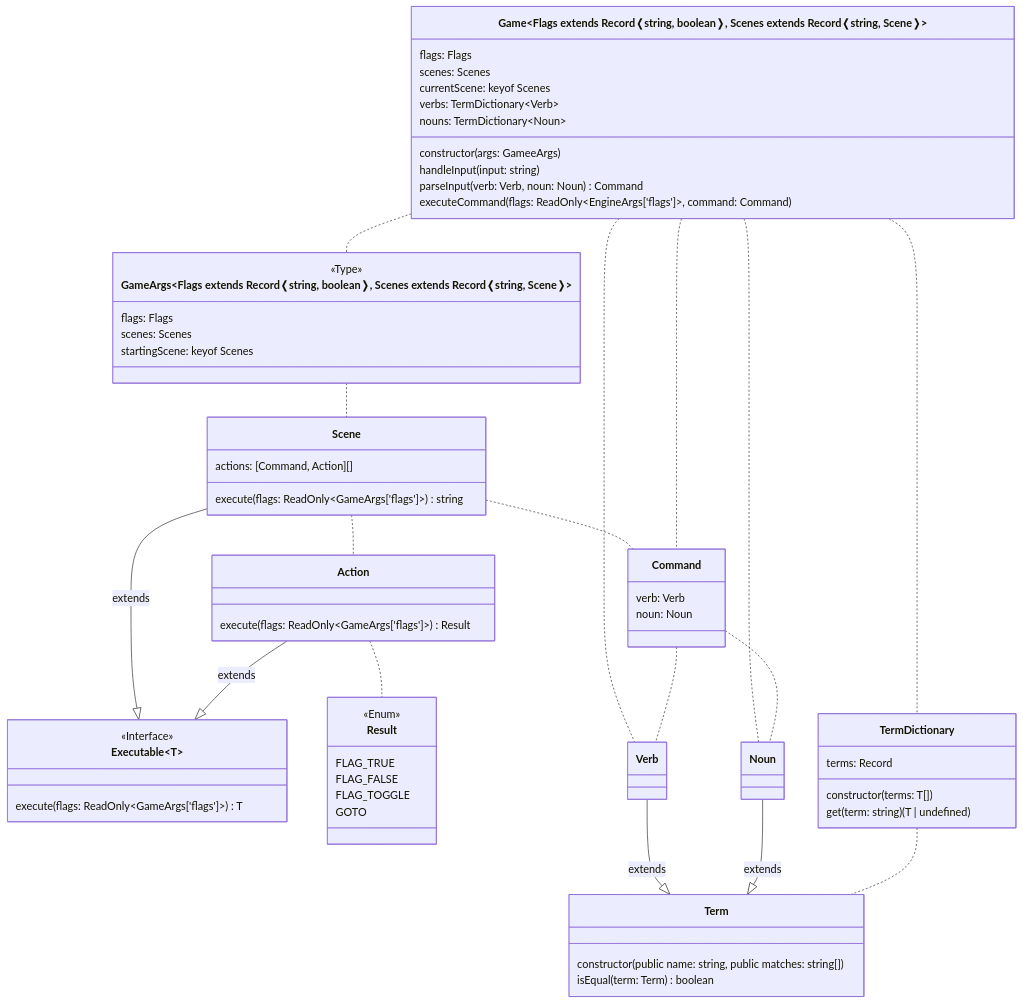
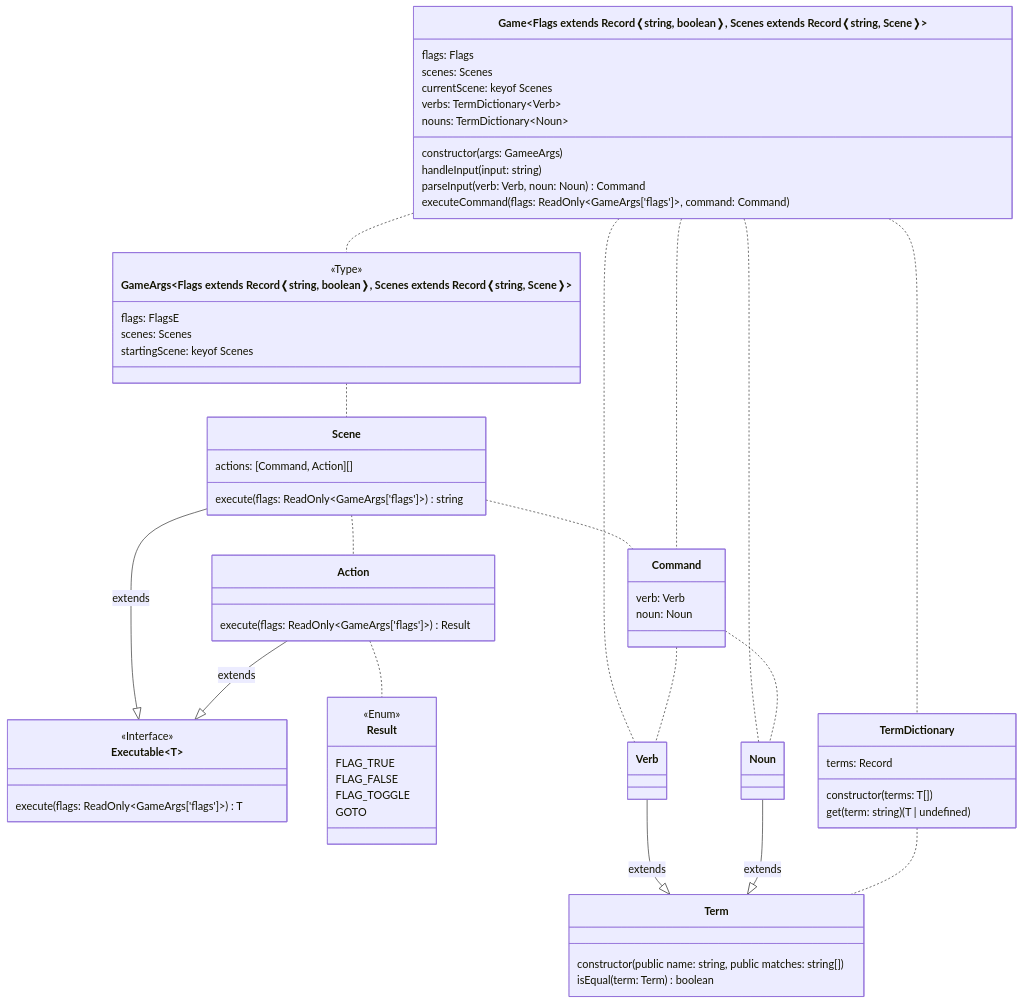
The diagram in README.md (flipactual/text-adventure-experiment), drawn with Mermaid before and after one commit.

````diff
--- a/README.md
+++ b/README.md
@@ -3,67 +3,67 @@
 ```mermaid
 classDiagram
 class GameArgs~Flags extends Record❬string, boolean❭, Scenes extends Record❬string, Scene❭~ {
   <<Type>>
-  flags: Flags
+  flags: FlagsE
   scenes: Scenes
   startingScene: keyof Scenes
 }
 GameArgs .. Scene
 class Executable~T~ {
   <<Interface>>
   execute(flags: ReadOnly~GameArgs['flags']~) T
 }
 class Scene {
   actions: [Command, Action][]
   execute(flags: ReadOnly~GameArgs['flags']~) string
 }
 Scene .. Command
 Scene .. Action
 Scene --|> Executable : extends
 class Action {
   execute(flags: ReadOnly~GameArgs['flags']~) Result
 }
 Action .. Result
 Action --|> Executable : extends
 class Result {
   <<Enum>>
   FLAG_TRUE
   FLAG_FALSE
   FLAG_TOGGLE
   GOTO
 }
 class Game~Flags extends Record❬string, boolean❭, Scenes extends Record❬string, Scene❭~ {
   flags: Flags
   scenes: Scenes
   currentScene: keyof Scenes
   verbs: TermDictionary~Verb~
   nouns: TermDictionary~Noun~
   constructor(args: GameeArgs)
   handleInput(input: string)
   parseInput(verb: Verb, noun: Noun) Command
-  executeCommand(flags: ReadOnly~EngineArgs['flags']~, command: Command)
+  executeCommand(flags: ReadOnly~GameArgs['flags']~, command: Command)
 }
 Game .. GameArgs
 Game .. Verb
 Game .. Noun
 Game .. TermDictionary
 Game .. Command
 class Command {
   verb: Verb
   noun: Noun
 }
 Command .. Verb
 Command .. Noun
 class Term {
   constructor(public name: string, public matches: string[])
   isEqual(term: Term) boolean 
 }
 Verb --|> Term : extends
 Noun --|> Term : extends
 class TermDictionary~T extends Term~ {
   terms: Record<string, T>
   constructor(terms: T[])
   get(term: string) (T | undefined)
 }
 TermDictionary .. Term
 ```
````
